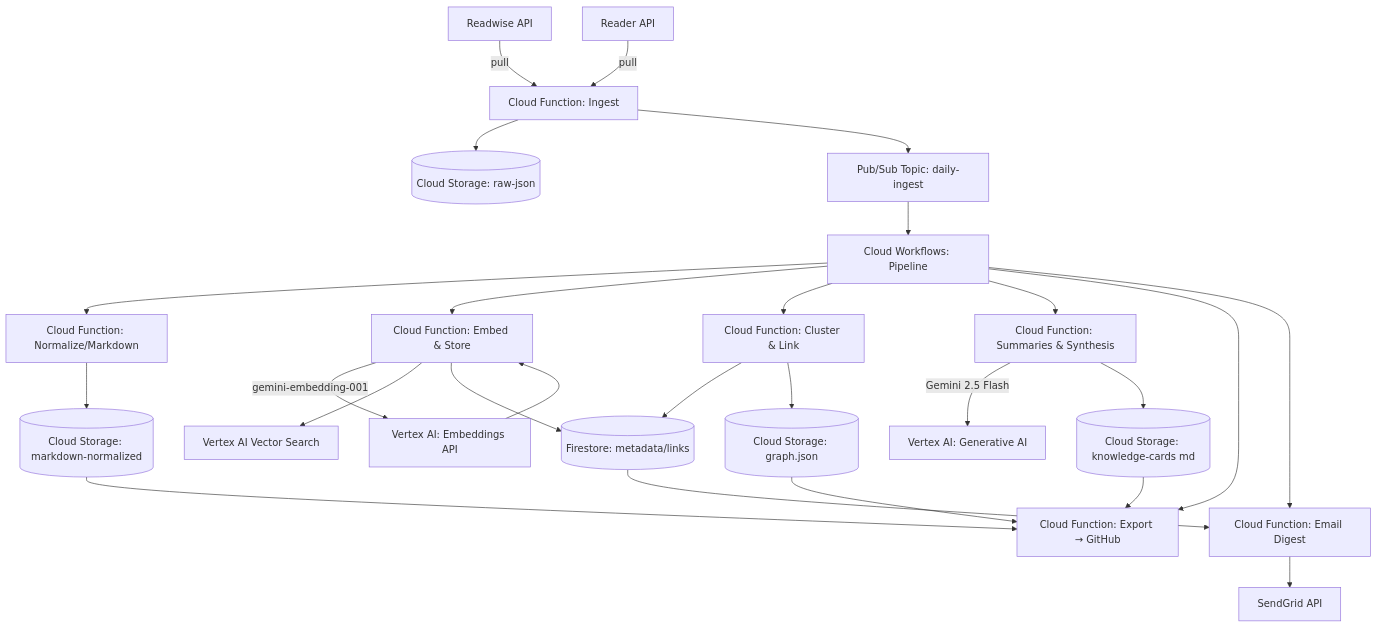
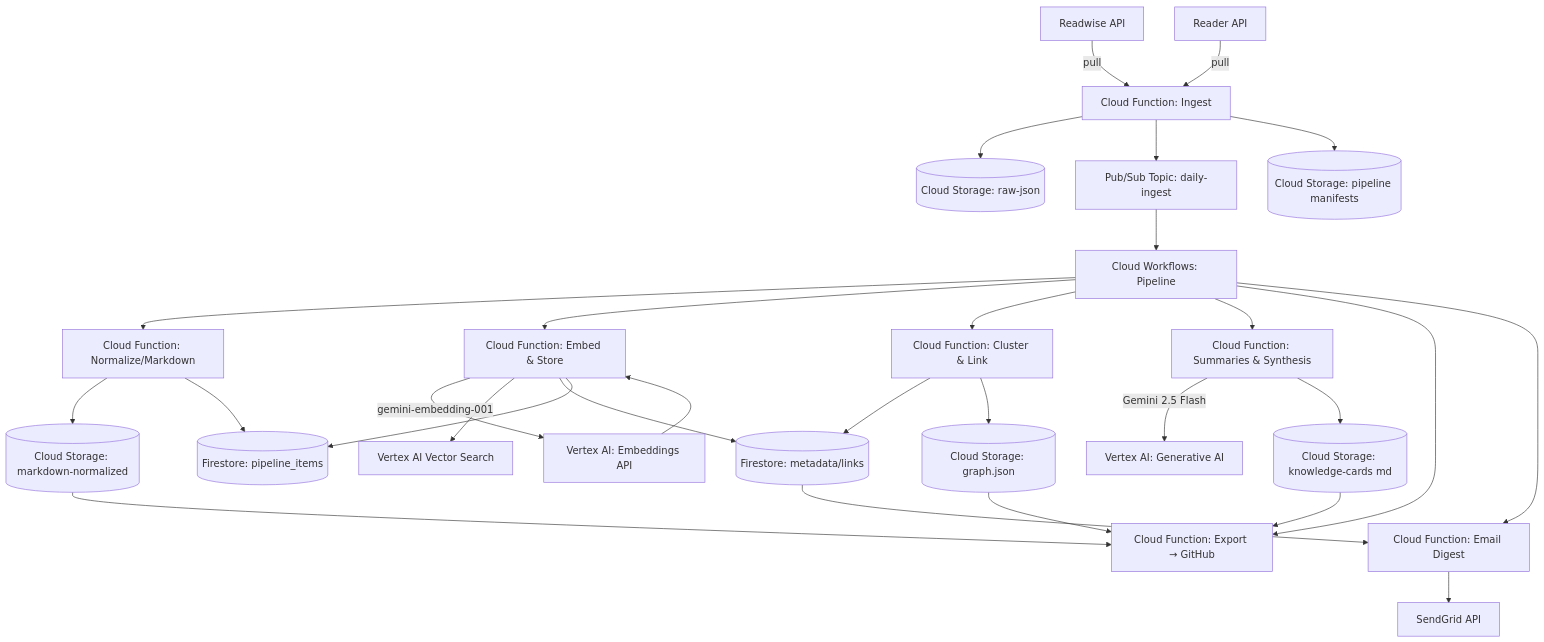
Before and after one commit to chrismmuc/kx-hub: the first of 2 diagrams in docs/architecture/system-architecture.md, drawn with Mermaid. The commit also changed other lines of this file and 32 other files, not shown here.

Commit message:
Implement manifest-driven pipeline resume controls

````diff
--- a/docs/architecture/system-architecture.md
+++ b/docs/architecture/system-architecture.md
@@ -5,36 +5,39 @@
 ```mermaid
 flowchart TB
   RW[Readwise API] -->|pull| F1[Cloud Function: Ingest]
   RR[Reader API]   -->|pull| F1
 
   F1 --> GCS_RAW[(Cloud Storage: raw-json)]
   F1 --> PS_TOPIC[Pub/Sub Topic: daily-ingest]
+  F1 --> MANIFEST[(Cloud Storage: pipeline manifests)]
 
   PS_TOPIC --> WF[Cloud Workflows: Pipeline]
 
   WF --> F2[Cloud Function: Normalize/Markdown]
   F2 --> GCS_MD[(Cloud Storage: markdown-normalized)]
+  F2 --> PIPESTATE[(Firestore: pipeline_items)]
 
   WF --> F3[Cloud Function: Embed & Store]
   F3 -->|gemini-embedding-001| V_EMB[Vertex AI: Embeddings API]
   V_EMB --> F3
   F3 --> V_VS[Vertex AI Vector Search]
   F3 --> FS_META[(Firestore: metadata/links)]
+  F3 --> PIPESTATE
 
   WF --> F4[Cloud Function: Cluster & Link]
   F4 --> FS_META
   F4 --> GCS_GRAPH[(Cloud Storage: graph.json)]
 
   WF --> F5[Cloud Function: Summaries & Synthesis]
   F5 -->|Gemini 2.5 Flash| V_GEN[Vertex AI: Generative AI]
   F5 --> GCS_KC[(Cloud Storage: knowledge-cards md)]
 
   WF --> F6[Cloud Function: Export → GitHub]
   GCS_MD --> F6
   GCS_KC --> F6
   GCS_GRAPH --> F6
 
   WF --> F7[Cloud Function: Email Digest]
   FS_META --> F7
   F7 --> SENDGRID[SendGrid API]
 ```
````
